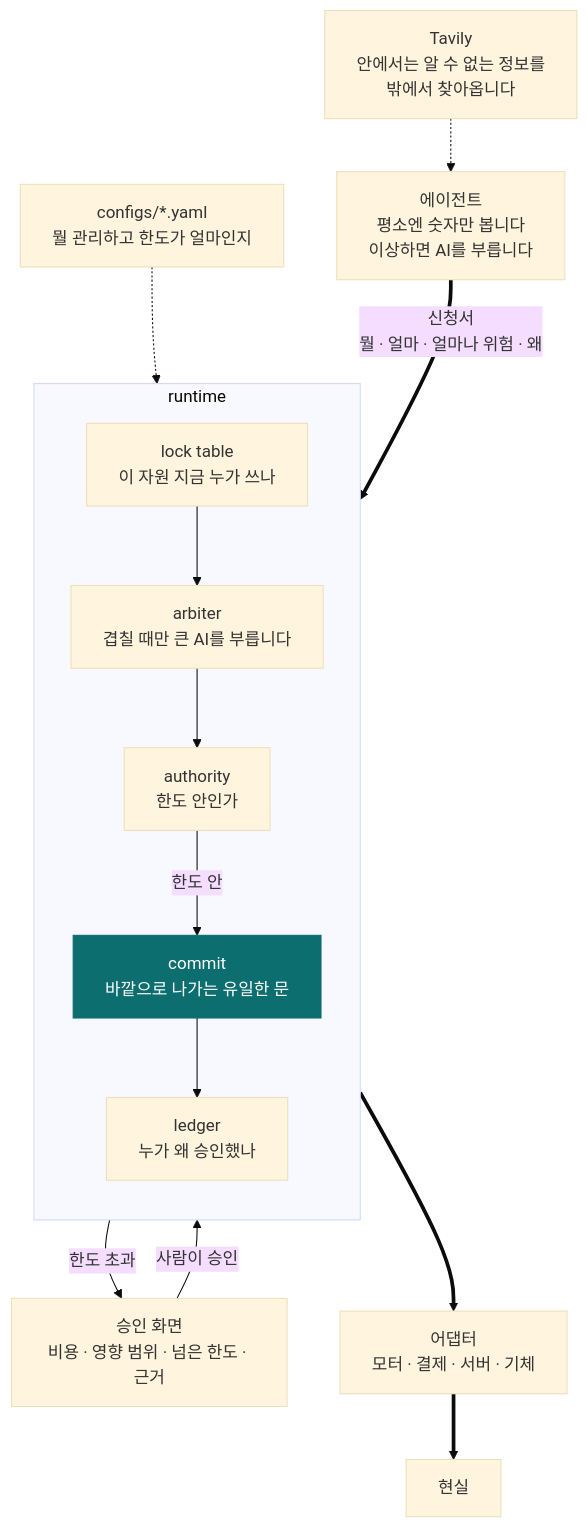
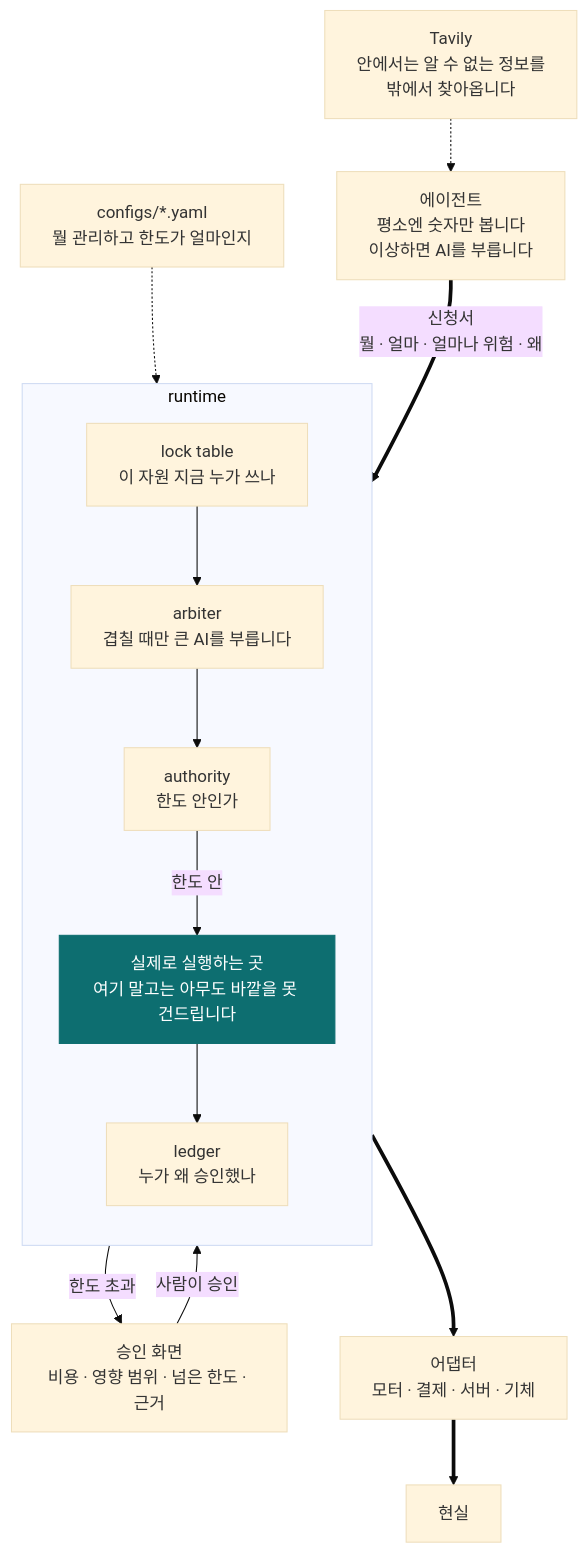
The first of 2 diagrams in README.md (liebertar/attache), drawn with Mermaid (base theme) before and after one commit. The commit also changed other lines of this file, not shown here.

First line of the commit message:
docs: explain commit and runtime in plain words

````diff
--- a/README.md
+++ b/README.md
@@ -83,30 +86,30 @@
 ```mermaid
 flowchart TB
     AG["에이전트<br/>평소엔 숫자만 봅니다<br/>이상하면 AI를 부릅니다"]
     TAV["Tavily<br/>안에서는 알 수 없는 정보를<br/>밖에서 찾아옵니다"]
     CFG["configs/*.yaml<br/>뭘 관리하고 한도가 얼마인지"]
 
     TAV -.-> AG
     CFG -.-> LOCK
     AG ==>|"신청서<br/>뭘 · 얼마 · 얼마나 위험 · 왜"| LOCK
 
     subgraph RT["runtime"]
         direction TB
         LOCK["lock table<br/>이 자원 지금 누가 쓰나"]
         ARB["arbiter<br/>겹칠 때만 큰 AI를 부릅니다"]
         AUTH["authority<br/>한도 안인가"]
-        COMMIT["commit<br/>바깥으로 나가는 유일한 문"]
+        COMMIT["실제로 실행하는 곳<br/>여기 말고는 아무도 바깥을 못 건드립니다"]
         LEDGER["ledger<br/>누가 왜 승인했나"]
         LOCK --> ARB --> AUTH
         AUTH -->|"한도 안"| COMMIT
         COMMIT --> LEDGER
     end
 
     AUTH -->|"한도 초과"| HUMAN["승인 화면<br/>비용 · 영향 범위 · 넘은 한도 · 근거"]
     HUMAN -->|"사람이 승인"| COMMIT
     COMMIT ==> ADAPT["어댑터<br/>모터 · 결제 · 서버 · 기체"]
     ADAPT ==> WORLD["현실"]
 
     classDef gate fill:#0d6e70,stroke:#0d6e70,color:#fff
     class COMMIT gate
 ```
````
